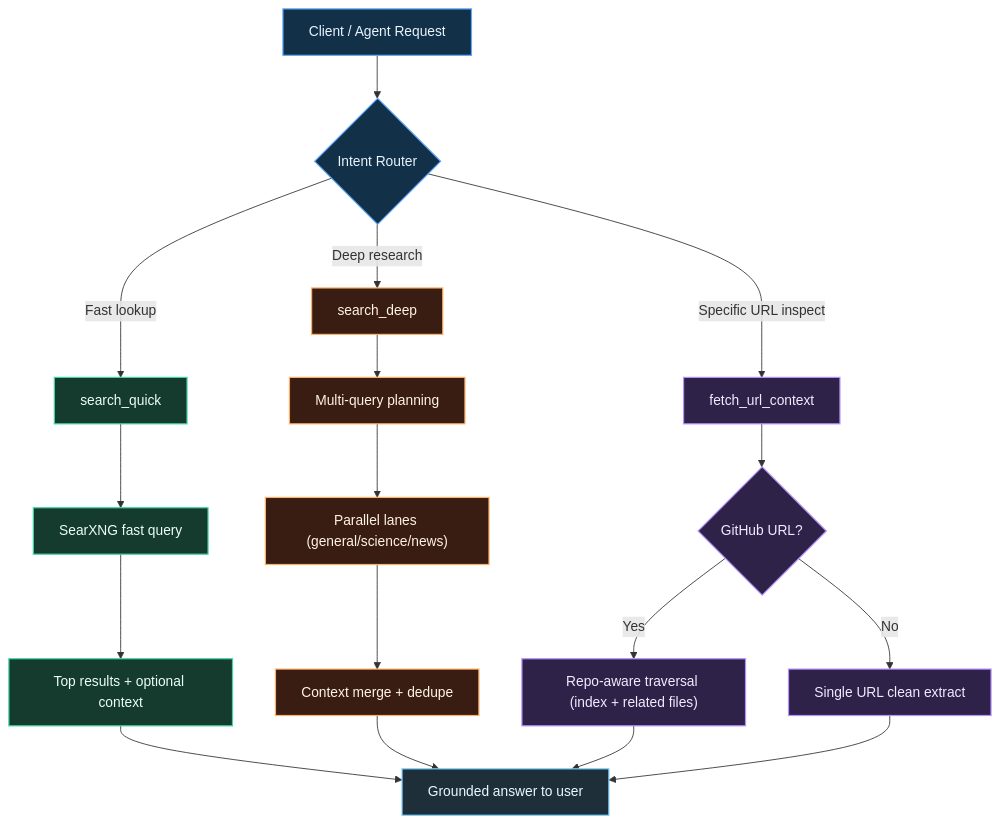
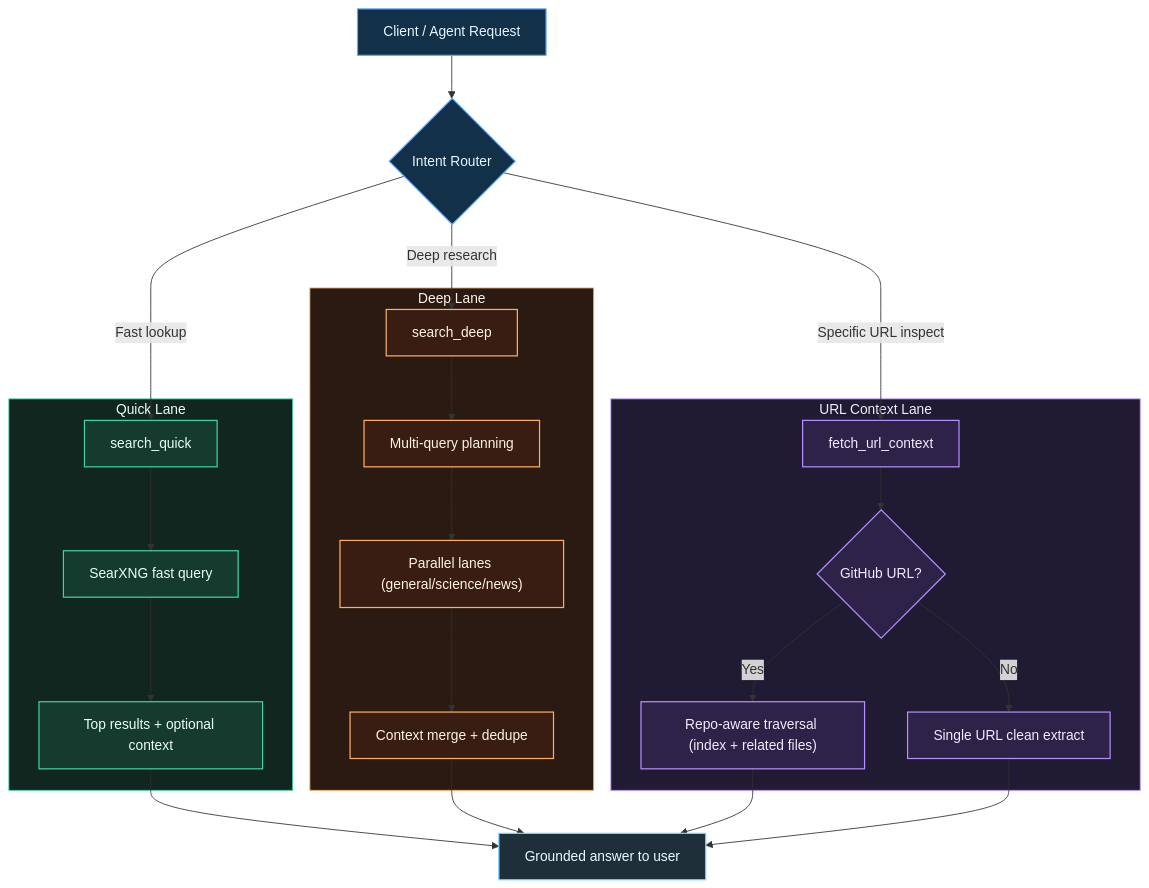
The second of 2 diagrams in README.md (zvspuentus-rgb/Argentic-Search-Lab), drawn with Mermaid before and after one commit. The commit also changed other lines of this file, not shown here.

Commit message:
docs(node-branch): restore top workflow and enhance MCP branch diagram backgrounds

````diff
--- a/README.md
+++ b/README.md
@@ -38,32 +53,43 @@
 ```mermaid
 flowchart TB
     A["Client / Agent Request"] --> B{"Intent Router"}
-    B -->|"Fast lookup"| Q["search_quick"]
-    B -->|"Deep research"| D["search_deep"]
-    B -->|"Specific URL inspect"| U["fetch_url_context"]
 
-    Q --> Q1["SearXNG fast query"]
-    Q1 --> Q2["Top results + optional context"]
+    subgraph SQ["Quick Lane"]
+      Q["search_quick"] --> Q1["SearXNG fast query"]
+      Q1 --> Q2["Top results + optional context"]
+    end
+
+    subgraph SD["Deep Lane"]
+      D["search_deep"] --> D1["Multi-query planning"]
+      D1 --> D2["Parallel lanes (general/science/news)"]
+      D2 --> D3["Context merge + dedupe"]
+    end
+
+    subgraph SU["URL Context Lane"]
+      U["fetch_url_context"] --> U1{"GitHub URL?"}
+      U1 -->|"Yes"| U2["Repo-aware traversal (index + related files)"]
+      U1 -->|"No"| U3["Single URL clean extract"]
+    end
+
+    B -->|"Fast lookup"| Q
+    B -->|"Deep research"| D
+    B -->|"Specific URL inspect"| U
     Q2 --> OUT["Grounded answer to user"]
-
-    D --> D1["Multi-query planning"]
-    D1 --> D2["Parallel lanes (general/science/news)"]
-    D2 --> D3["Context merge + dedupe"]
     D3 --> OUT
-
-    U --> U1{"GitHub URL?"}
-    U1 -->|"Yes"| U2["Repo-aware traversal (index + related files)"]
-    U1 -->|"No"| U3["Single URL clean extract"]
     U2 --> OUT
     U3 --> OUT
+
     classDef entry fill:#123047,stroke:#5fa8ff,color:#e8f4ff,stroke-width:1.4px;
     classDef quick fill:#153a2e,stroke:#43d3a8,color:#eafff6,stroke-width:1.4px;
     classDef deep fill:#3a1d12,stroke:#ffb067,color:#fff2e8,stroke-width:1.4px;
     classDef url fill:#2f2248,stroke:#b690ff,color:#f2eaff,stroke-width:1.4px;
     classDef output fill:#1f2f3a,stroke:#7fd1ff,color:#eaf8ff,stroke-width:1.4px;
+    style SQ fill:#10261f,stroke:#43d3a8,stroke-width:1px,color:#eafff6
+    style SD fill:#2a1a11,stroke:#ffb067,stroke-width:1px,color:#fff2e8
+    style SU fill:#201a33,stroke:#b690ff,stroke-width:1px,color:#f2eaff
     class A,B entry;
     class Q,Q1,Q2 quick;
     class D,D1,D2,D3 deep;
     class U,U1,U2,U3 url;
     class OUT output;
 ```
````
